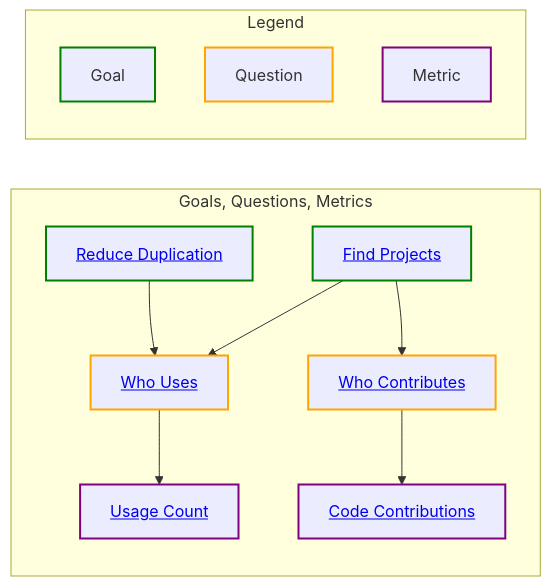
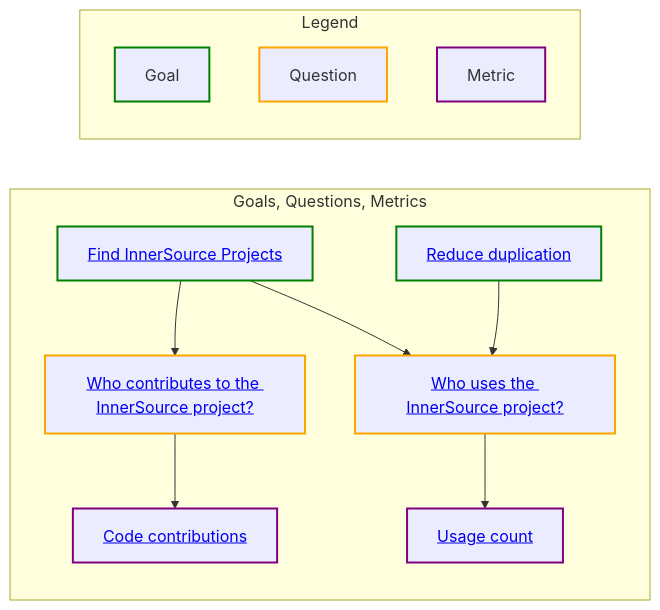
Before and after one commit to InnerSourceCommons/managing-innersource-projects: the diagram in measuring/use_gqm.md, drawn with Mermaid.

Commit message:
feat: gqm diagram updated by GitHub Actions

````diff
--- a/measuring/use_gqm.md
+++ b/measuring/use_gqm.md
@@ -7,26 +7,35 @@
 ```mermaid
 graph LR;
+
     subgraph GQM[Goals, Questions, Metrics]
-        find-projects[<a href='https://github.com/InnerSourceCommons/managing-inner-source-projects/blob/main/measuring/goals/find-projects.md'>Find Projects</a>] --> who-uses[Who Uses]
-        reduce-duplication[<a href='https://github.com/InnerSourceCommons/managing-inner-source-projects/blob/main/measuring/goals/reduce-duplication.md'>Reduce Duplication</a>] --> who-uses[<a href='https://github.com/InnerSourceCommons/managing-inner-source-projects/blob/main/measuring/questions/who-uses.md'>Who Uses</a>]
-        who-uses --> usage-count[<a href='https://github.com/InnerSourceCommons/managing-inner-source-projects/blob/main/measuring/metrics/usage-count.md'>Usage Count</a>]
-        find-projects --> who-contributes
-        who-contributes[<a href='https://github.com/InnerSourceCommons/managing-inner-source-projects/blob/main/measuring/questions/who-contributes.md'>Who Contributes</a>] --> code-contributions[<a href='https://github.com/InnerSourceCommons/managing-inner-source-projects/blob/main/measuring/metrics/code-contributions.md'>Code Contributions</a>]
-    end
-    subgraph Legend
+
+      find-projects.md[<a href='https://github.com/InnerSourceCommons/managing-inner-source-projects/blob/main/measuring//goals/find-projects.md'>Find InnerSource Projects</a>]
+    reduce-duplication.md[<a href='https://github.com/InnerSourceCommons/managing-inner-source-projects/blob/main/measuring//goals/reduce-duplication.md'>Reduce duplication</a>]
+    who-contributes.md[<a href='https://github.com/InnerSourceCommons/managing-inner-source-projects/blob/main/measuring//questions/who-contributes.md'>Who contributes to the InnerSource project?</a>]
+    who-uses.md[<a href='https://github.com/InnerSourceCommons/managing-inner-source-projects/blob/main/measuring//questions/who-uses.md'>Who uses the InnerSource project?</a>]
+    code-contributions.md[<a href='https://github.com/InnerSourceCommons/managing-inner-source-projects/blob/main/measuring//metrics/code-contributions.md'>Code contributions</a>]
+    usage-count.md[<a href='https://github.com/InnerSourceCommons/managing-inner-source-projects/blob/main/measuring//metrics/usage-count.md'>Usage count</a>]
+    find-projects.md-->who-uses.md
+    find-projects.md-->who-contributes.md
+    reduce-duplication.md-->who-uses.md
+    who-contributes.md-->code-contributions.md
+    who-uses.md-->usage-count.md
+  end
+      subgraph Legend
         direction TB
 
         goal[Goal]
         question[Question]
         metric[Metric]
 
         classDef goals stroke:green,stroke-width:2px;
-        class goal,find-projects,reduce-duplication goals
+        class goal,find-projects.md,reduce-duplication.md goals
 
         classDef questions stroke:orange,stroke-width:2px;
-        class question,who-uses,who-contributes questions
+        class question,who-contributes.md,who-uses.md questions
 
         classDef metrics stroke:purple,stroke-width:2px;
-        class metric,code-contributions,usage-count metrics
-    end
+        class metric,code-contributions.md,usage-count.md metrics
+      end  
+  
 ```
````
